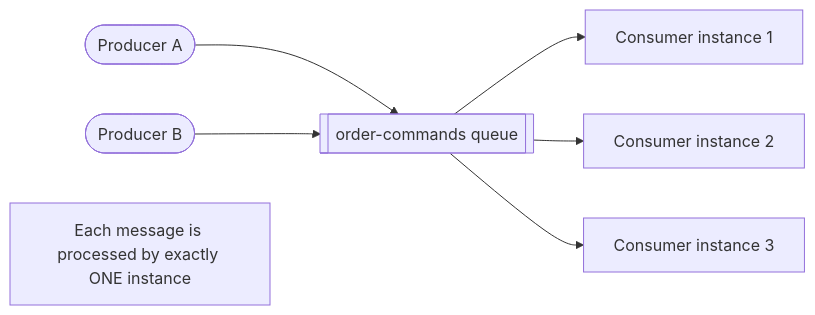
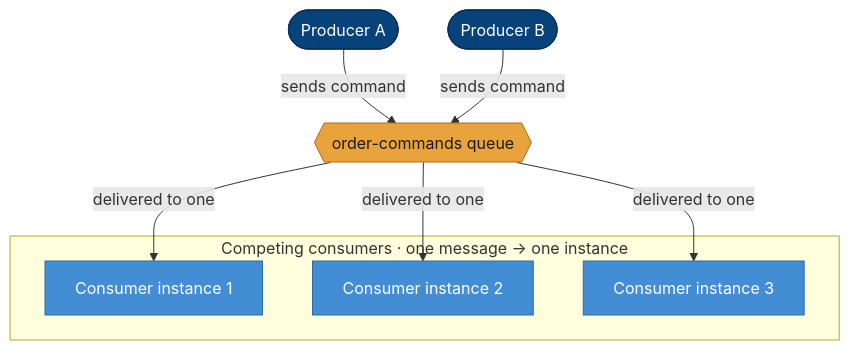
The first of 3 diagrams in docs/guides/messaging-concepts.md (seesathish/AntKart-Src3), drawn with Mermaid before and after one commit. The commit also changed other lines of this file and 4 other files, not shown here.

First line of the commit message:
docs: standardise all concept-guide Mermaid diagrams to one visual standard

````diff
--- a/docs/guides/messaging-concepts.md
+++ b/docs/guides/messaging-concepts.md
@@ -27,9 +27,24 @@
 ```mermaid
-flowchart LR
-    P1([Producer A]) --> Q[[order-commands queue]]
-    P2([Producer B]) --> Q
-    Q --> C1[Consumer instance 1]
-    Q --> C2[Consumer instance 2]
-    Q --> C3[Consumer instance 3]
-    note["Each message is processed by exactly ONE instance"]
+flowchart TB
+    P1([Producer A]) -->|sends command| Q{{order-commands queue}}
+    P2([Producer B]) -->|sends command| Q
+    subgraph Consumers["Competing consumers · one message → one instance"]
+      C1[Consumer instance 1]
+      C2[Consumer instance 2]
+      C3[Consumer instance 3]
+    end
+    Q -->|delivered to one| C1
+    Q -->|delivered to one| C2
+    Q -->|delivered to one| C3
+
+    classDef actor   fill:#08427B,stroke:#052c54,color:#ffffff;
+    classDef primary fill:#1168BD,stroke:#0b4a87,color:#ffffff;
+    classDef service fill:#438DD5,stroke:#2d6ca3,color:#ffffff;
+    classDef data    fill:#85BBF0,stroke:#5a9bd4,color:#0b2545;
+    classDef external fill:#8B8B8B,stroke:#5f5f5f,color:#ffffff;
+    classDef focus   fill:#E8A33D,stroke:#a96f16,color:#1a1a1a;
+
+    class P1,P2 actor
+    class C1,C2,C3 service
+    class Q focus
 ```
````
